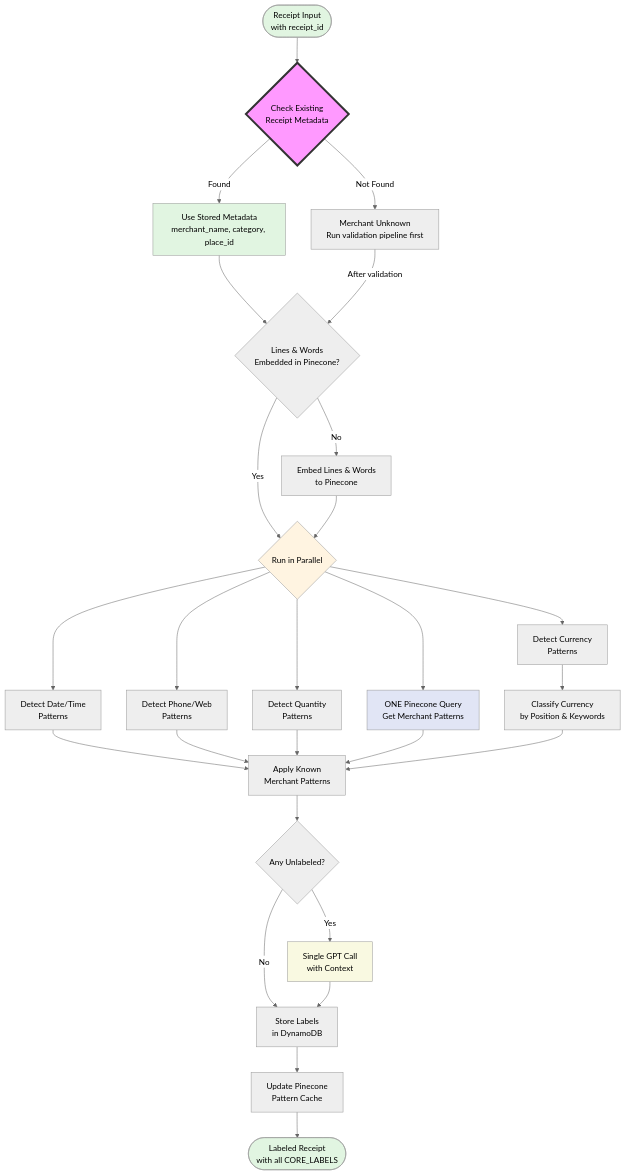
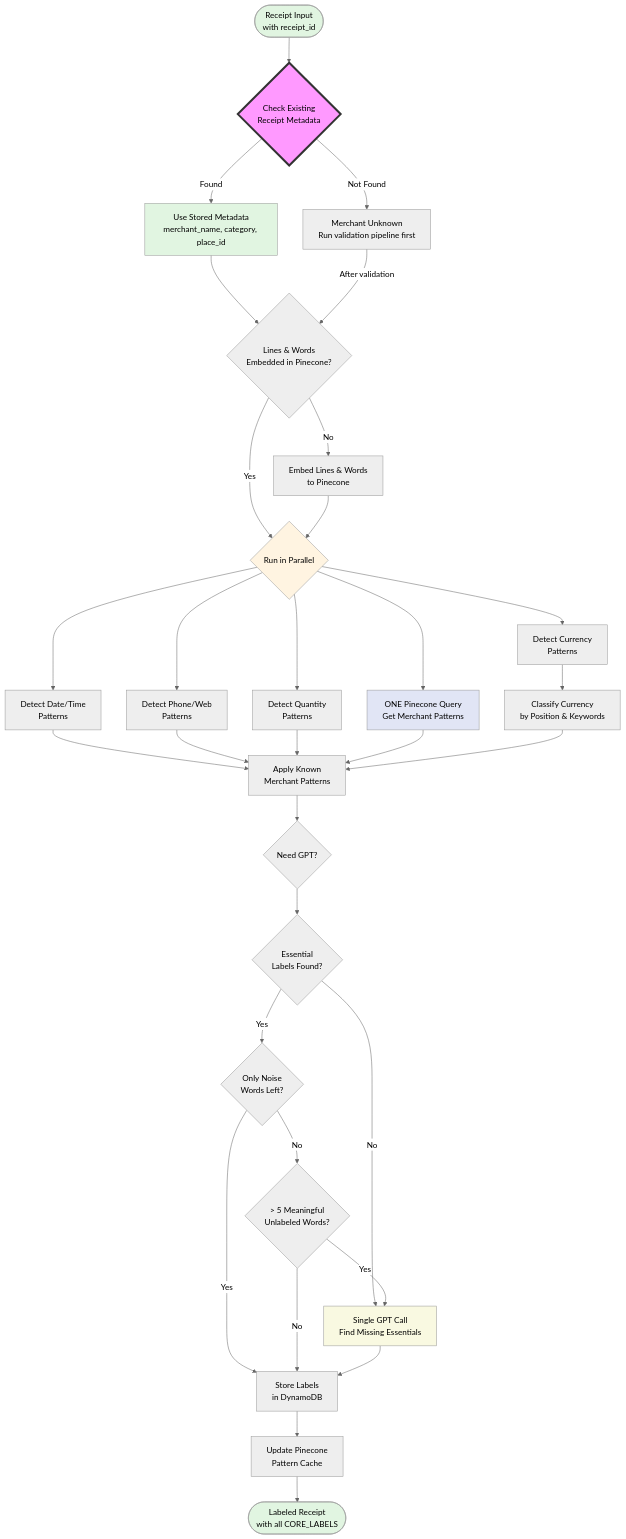
Before and after one commit to tnorlund/Portfolio: the diagram in receipt_label/README.md, drawn with Mermaid (neutral theme). The commit also changed other lines of this file and 1 other file, not shown here.

First line of the commit message:
docs: add smart GPT decision logic for efficient labeling

````diff
--- a/receipt_label/README.md
+++ b/receipt_label/README.md
@@ -9,47 +9,54 @@
 ```mermaid
 flowchart TD
     Start([Receipt Input<br/>with receipt_id]) --> CheckMeta{Check Existing<br/>Receipt Metadata}
 
     CheckMeta --> |Found| UseMeta[Use Stored Metadata<br/>merchant_name, category, place_id]
     CheckMeta --> |Not Found| NeedsMerchant[Merchant Unknown<br/>Run validation pipeline first]
 
     UseMeta --> EmbedCheck{Lines & Words<br/>Embedded in Pinecone?}
     NeedsMerchant --> |After validation| EmbedCheck
 
     EmbedCheck -->|No| EmbedWords[Embed Lines & Words<br/>to Pinecone]
     EmbedCheck -->|Yes| Parallel
     EmbedWords --> Parallel{Run in Parallel}
 
     Parallel --> Currency[Detect Currency<br/>Patterns]
     Parallel --> DateTime[Detect Date/Time<br/>Patterns]
     Parallel --> Contact[Detect Phone/Web<br/>Patterns]
     Parallel --> Quantity[Detect Quantity<br/>Patterns]
     Parallel --> PineconeQuery[ONE Pinecone Query<br/>Get Merchant Patterns]
 
     Currency --> ClassifyCurrency[Classify Currency<br/>by Position & Keywords]
     DateTime --> ApplyPatterns
     Contact --> ApplyPatterns
     Quantity --> ApplyPatterns
     PineconeQuery --> ApplyPatterns[Apply Known<br/>Merchant Patterns]
 
     ClassifyCurrency --> ApplyPatterns
 
-    ApplyPatterns --> CheckUnlabeled{Any Unlabeled?}
+    ApplyPatterns --> SmartCheck{Need GPT?}
 
-    CheckUnlabeled -->|Yes| BatchGPT[Single GPT Call<br/>with Context]
-    CheckUnlabeled -->|No| Store
+    SmartCheck --> EssentialCheck{Essential<br/>Labels Found?}
+    EssentialCheck -->|No| BatchGPT[Single GPT Call<br/>Find Missing Essentials]
+    EssentialCheck -->|Yes| NoiseCheck{Only Noise<br/>Words Left?}
 
-    BatchGPT --> Store[Store Labels<br/>in DynamoDB]
+    NoiseCheck -->|Yes| Store[Store Labels<br/>in DynamoDB]
+    NoiseCheck -->|No| ThresholdCheck{> 5 Meaningful<br/>Unlabeled Words?}
+
+    ThresholdCheck -->|Yes| BatchGPT
+    ThresholdCheck -->|No| Store
+
+    BatchGPT --> Store
 
     Store --> UpdatePinecone[Update Pinecone<br/>Pattern Cache]
 
     UpdatePinecone --> Result([Labeled Receipt<br/>with all CORE_LABELS])
 
     style Start fill:#e1f5e1
     style Result fill:#e1f5e1
     style CheckMeta fill:#f9f,stroke:#333,stroke-width:4px
     style UseMeta fill:#e1f5e1
     style Parallel fill:#fff4e1
     style PineconeQuery fill:#e1e5f5
     style BatchGPT fill:#f9f9e1
 ```
````
